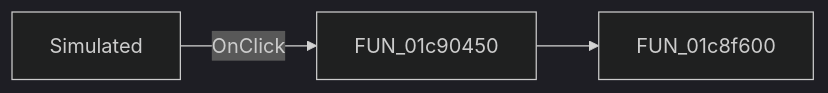
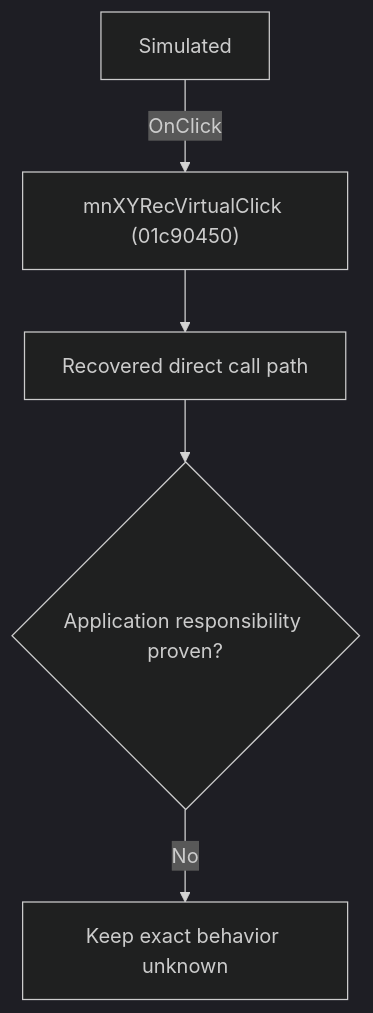
The diagram in docs/ui-controls/schematiceditor/mnxyrecvirtual-5f57132e12.md (MovGP0/TIARA), drawn with Mermaid (dark theme) before and after one commit. The commit also changed other lines of this file and 1062 other files, not shown here.

````diff
--- a/docs/ui-controls/schematiceditor/mnxyrecvirtual-5f57132e12.md
+++ b/docs/ui-controls/schematiceditor/mnxyrecvirtual-5f57132e12.md
@@ -27,5 +27,7 @@
 ```mermaid
-flowchart LR
-    control["Simulated"] -->|OnClick| handler["FUN_01c90450"]
-    handler --> call1["FUN_01c8f600"]
+flowchart TD
+    control["Simulated"] -->|"OnClick"| handler["mnXYRecVirtualClick (01c90450)"]
+    handler --> recovered["Recovered direct call path"]
+    recovered --> gap{"Application responsibility proven?"}
+    gap -->|"No"| blocked["Keep exact behavior unknown"]
 ```
````
